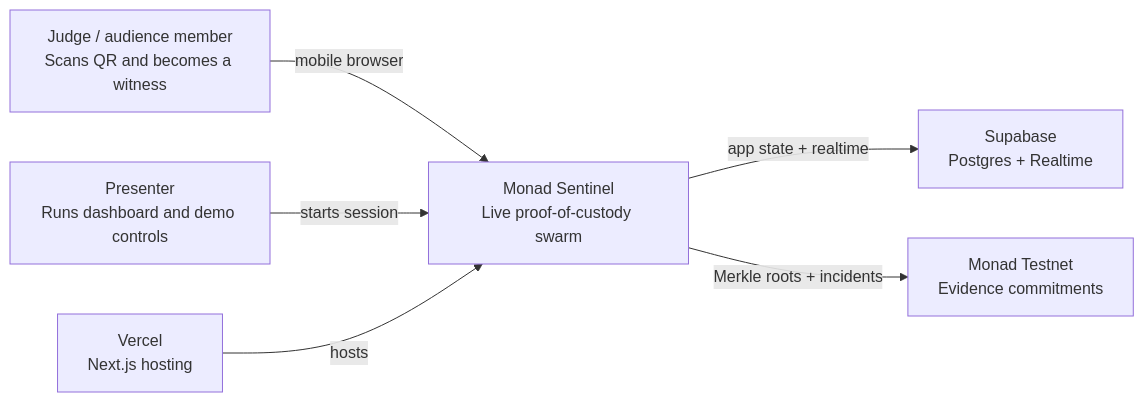
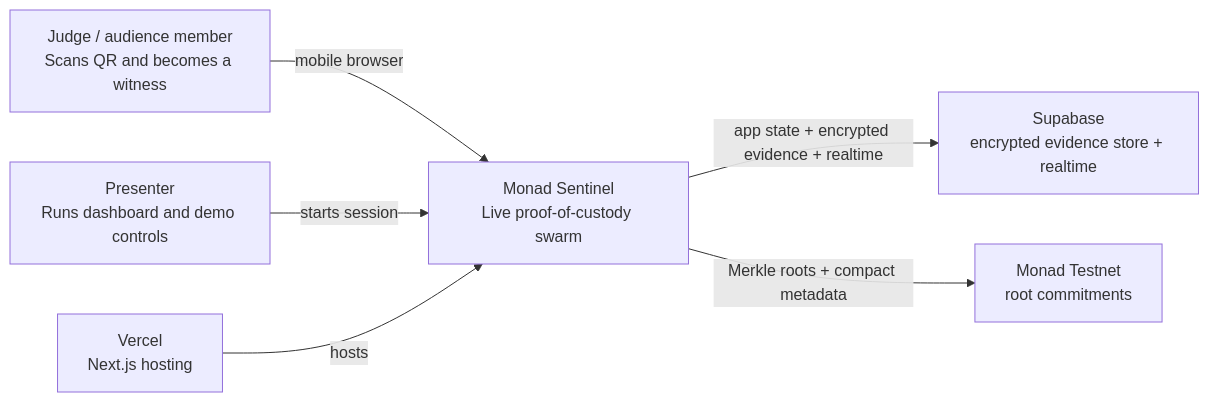
Before and after one commit to roshaninfordham/monad-sentinel: the first of 5 diagrams in docs/architecture.md, drawn with Mermaid. The commit also changed other lines of this file and 10 other files, not shown here.

````diff
--- a/docs/architecture.md
+++ b/docs/architecture.md
@@ -11,15 +12,15 @@
 ```mermaid
 flowchart LR
   judge[Judge / audience member<br/>Scans QR and becomes a witness]
   presenter[Presenter<br/>Runs dashboard and demo controls]
   app[Monad Sentinel<br/>Live proof-of-custody swarm]
-  supabase[Supabase<br/>Postgres + Realtime]
-  monad[Monad Testnet<br/>Evidence commitments]
+  supabase[Supabase<br/>encrypted evidence store + realtime]
+  monad[Monad Testnet<br/>root commitments]
   vercel[Vercel<br/>Next.js hosting]
 
   judge -->|mobile browser| app
   presenter -->|starts session| app
   vercel -->|hosts| app
-  app -->|app state + realtime| supabase
-  app -->|Merkle roots + incidents| monad
+  app -->|app state + encrypted evidence + realtime| supabase
+  app -->|Merkle roots + compact metadata| monad
 ```
````
